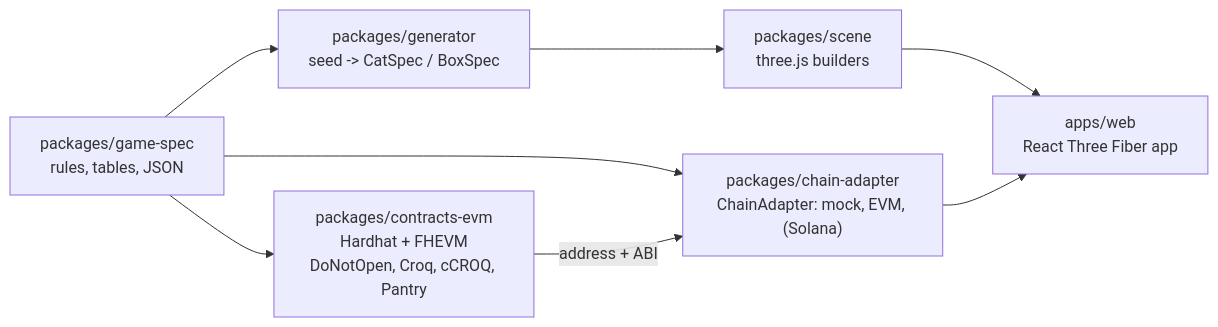
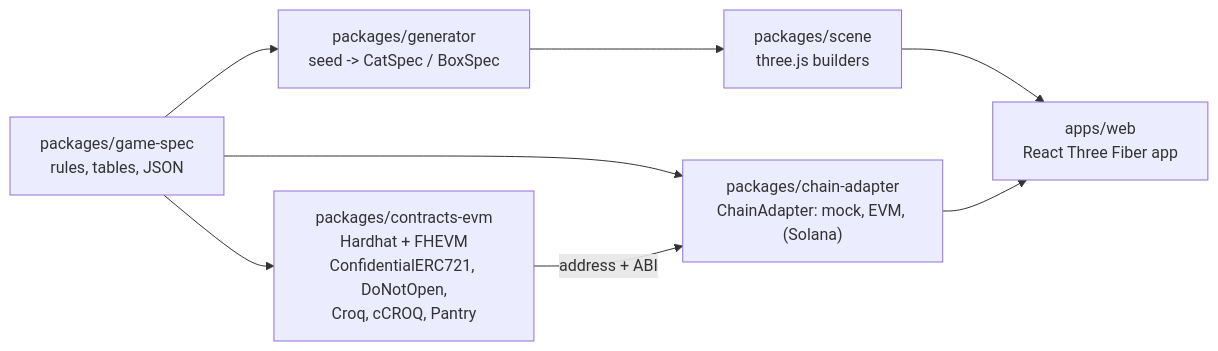
The first of 3 diagrams in README.md (jecombe/do_not_open), drawn with Mermaid before and after one commit. The commit also changed other lines of this file and 25 other files, not shown here.

````diff
--- a/README.md
+++ b/README.md
@@ -30,14 +35,14 @@
 ```mermaid
 flowchart LR
   spec["packages/game-spec<br/>rules, tables, JSON"]
   gen["packages/generator<br/>seed -> CatSpec / BoxSpec"]
   scene["packages/scene<br/>three.js builders"]
   web["apps/web<br/>React Three Fiber app"]
-  evm["packages/contracts-evm<br/>Hardhat + FHEVM<br/>DoNotOpen, Croq, cCROQ, Pantry"]
+  evm["packages/contracts-evm<br/>Hardhat + FHEVM<br/>ConfidentialERC721, DoNotOpen,<br/>Croq, cCROQ, Pantry"]
   adapter["packages/chain-adapter<br/>ChainAdapter: mock, EVM, (Solana)"]
 
   spec --> gen --> scene --> web
   spec --> evm
   spec --> adapter
   evm -- address + ABI --> adapter --> web
 ```
````
